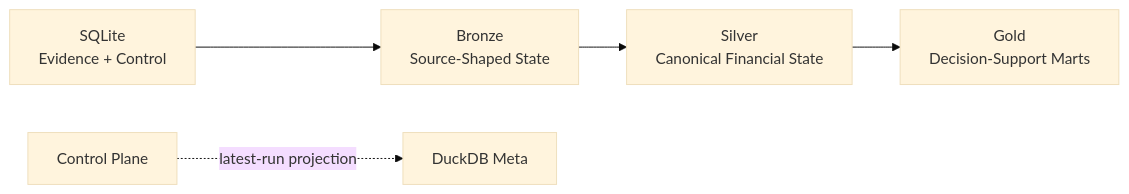
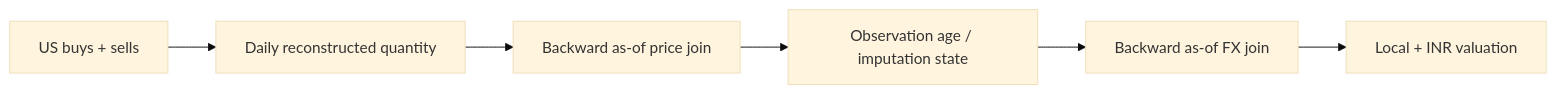
The sixth of 20 diagrams in README.md (tks18/personal-finance-etl), drawn with Mermaid (base theme) before and after one commit. The commit also changed other lines of this file, not shown here.

````diff
--- a/README.md
+++ b/README.md
@@ -483,7 +268,8 @@
 ```mermaid
 flowchart LR
-    RAW["SQLite<br/>Evidence + Control"] --> BR["Bronze<br/>Source-Shaped State"]
-    BR --> SIL["Silver<br/>Canonical Financial State"]
-    SIL --> GOLD["Gold<br/>Decision-Support Marts"]
-    CP["Control Plane"] -. latest-run projection .-> META["DuckDB Meta"]
+    TX["US buys + sells"] --> Q["Daily reconstructed quantity"]
+    Q --> PX["Backward as-of price join"]
+    PX --> AGE["Observation age / imputation state"]
+    AGE --> FX["Backward as-of FX join"]
+    FX --> VAL["Local + INR valuation"]
 ```
````
